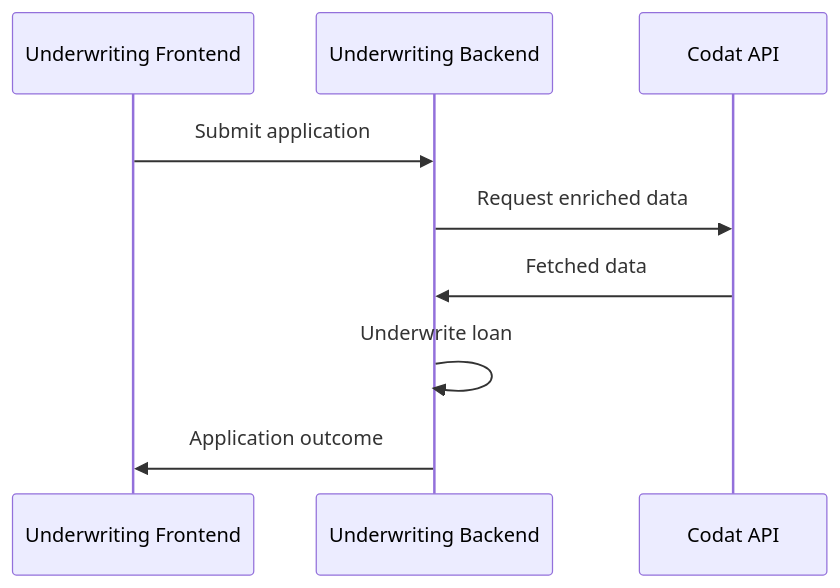
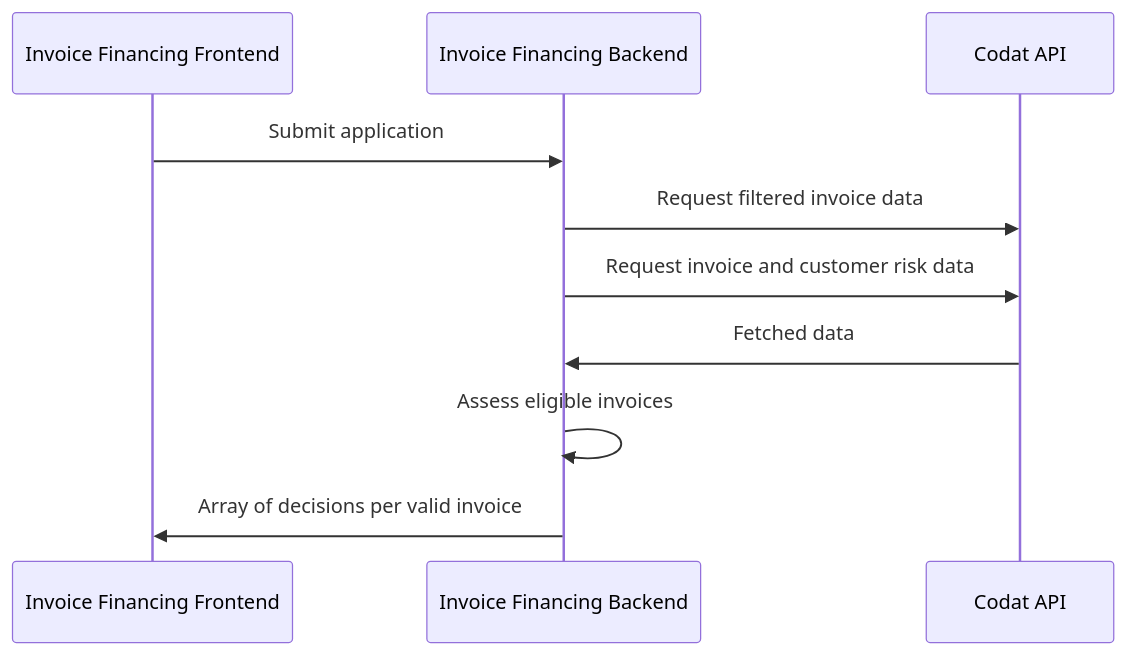
The diagram in docs/accounting-api/guides/invoice-finance/process-invoice.md (codatio/codat-docs), drawn with Mermaid before and after one commit. The commit also changed other lines of this file, not shown here.

Commit message:
Process invoice updates

````diff
--- a/docs/accounting-api/guides/invoice-finance/process-invoice.md
+++ b/docs/accounting-api/guides/invoice-finance/process-invoice.md
@@ -20,11 +20,12 @@
 ``` mermaid
   sequenceDiagram
-    participant frontend as Underwriting Frontend 
-    participant backend as Underwriting Backend 
+    participant frontend as Invoice Financing Frontend 
+    participant backend as Invoice Financing Backend 
     participant codat as Codat API
     frontend ->> backend: Submit application
-    backend ->> codat: Request enriched data
+    backend ->> codat: Request filtered invoice data
+    backend ->> codat: Request invoice and customer risk data
     codat ->> backend: Fetched data
-    backend ->> backend: Underwrite loan
-    backend ->> frontend: Application outcome
+    backend ->> backend: Assess eligible invoices 
+    backend ->> frontend: Array of decisions per valid invoice
 ```  
````
